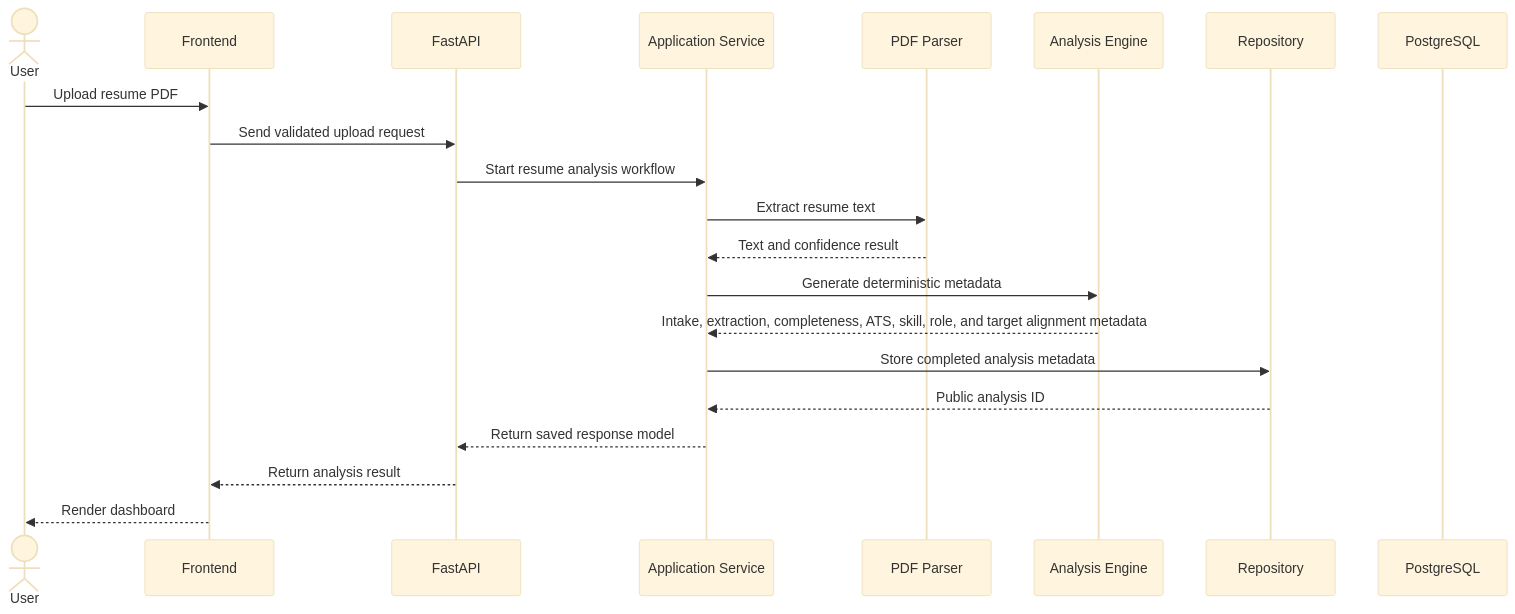
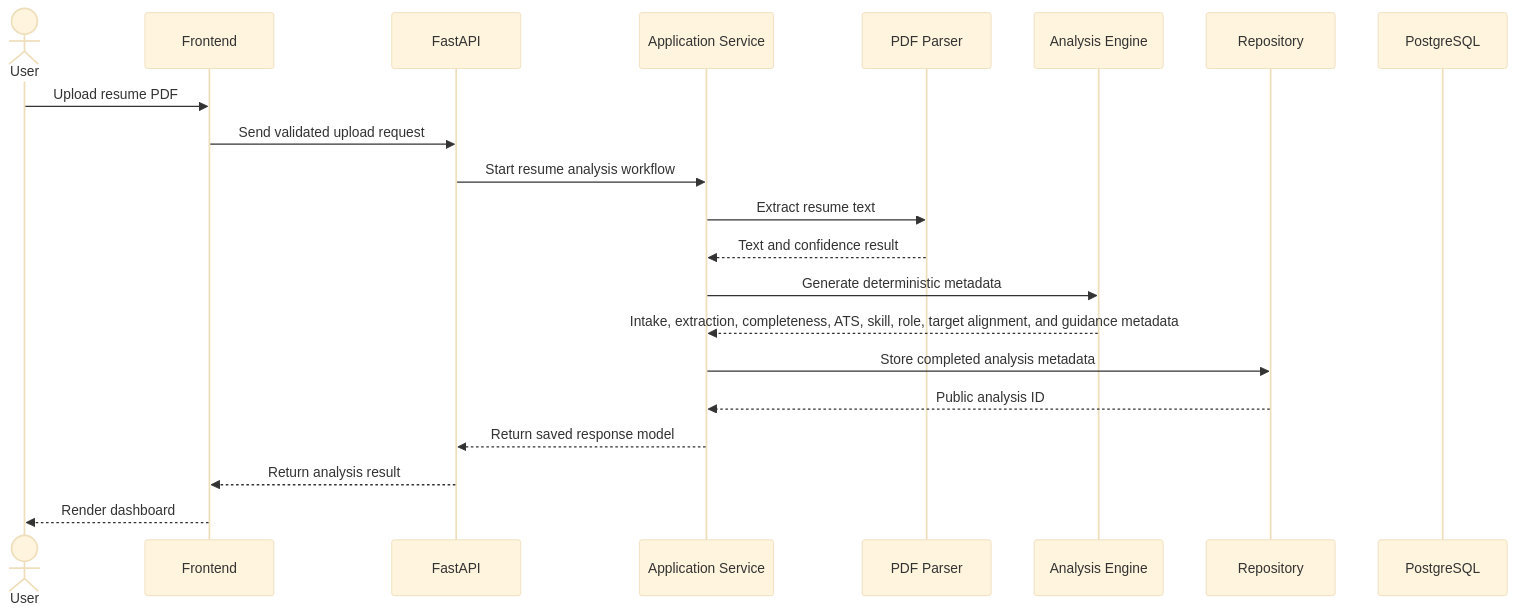
Before and after one commit to Justindwinata/CareerBoostAI: the second of 2 diagrams in docs/SYSTEM_ARCHITECTURE.md, drawn with Mermaid (base theme). The commit also changed other lines of this file and 19 other files, not shown here.

````diff
--- a/docs/SYSTEM_ARCHITECTURE.md
+++ b/docs/SYSTEM_ARCHITECTURE.md
@@ -77,24 +77,24 @@
 ```mermaid
 sequenceDiagram
   actor User
   participant FE as Frontend
   participant API as FastAPI
   participant App as Application Service
   participant Parser as PDF Parser
   participant Analysis as Analysis Engine
   participant Repo as Repository
   participant DB as PostgreSQL
 
   User->>FE: Upload resume PDF
   FE->>API: Send validated upload request
   API->>App: Start resume analysis workflow
   App->>Parser: Extract resume text
   Parser-->>App: Text and confidence result
   App->>Analysis: Generate deterministic metadata
-  Analysis-->>App: Intake, extraction, completeness, ATS, skill, role, and target alignment metadata
+  Analysis-->>App: Intake, extraction, completeness, ATS, skill, role, target alignment, and guidance metadata
   App->>Repo: Store completed analysis metadata
   Repo-->>App: Public analysis ID
   App-->>API: Return saved response model
   API-->>FE: Return analysis result
   FE-->>User: Render dashboard
 ```
````
